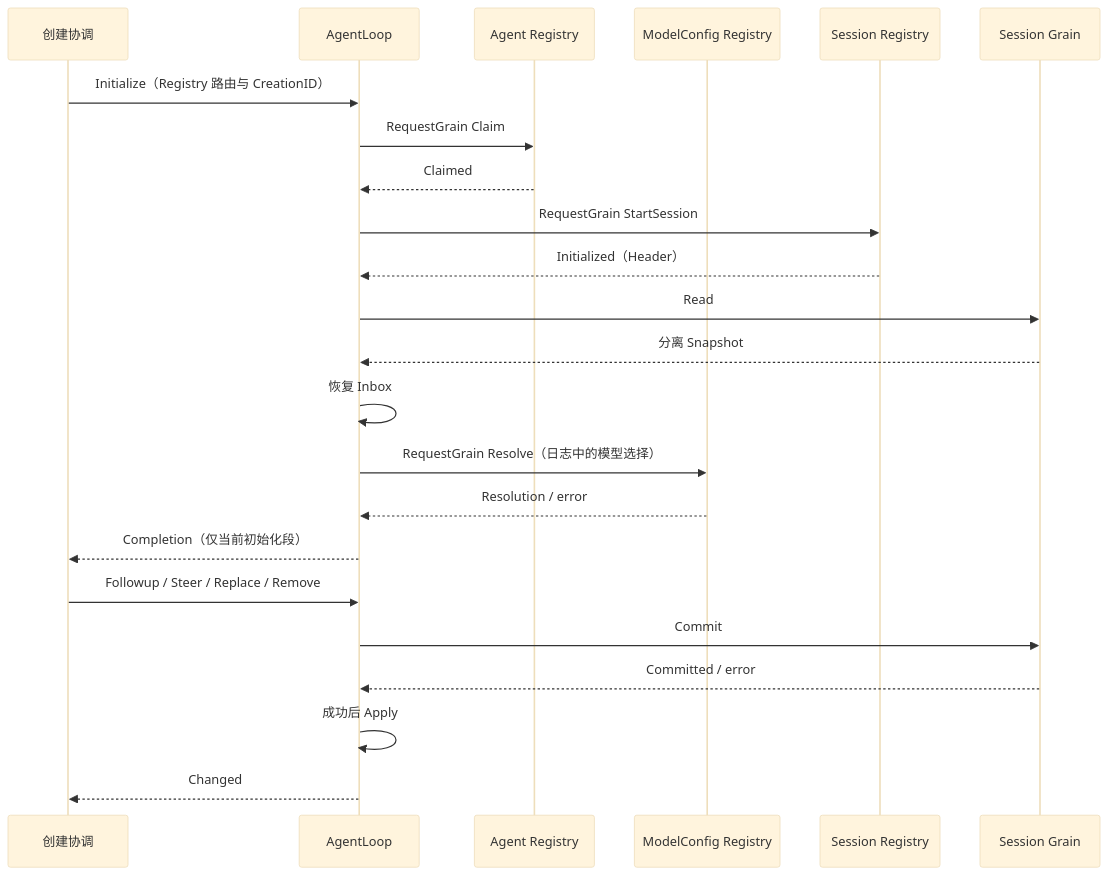
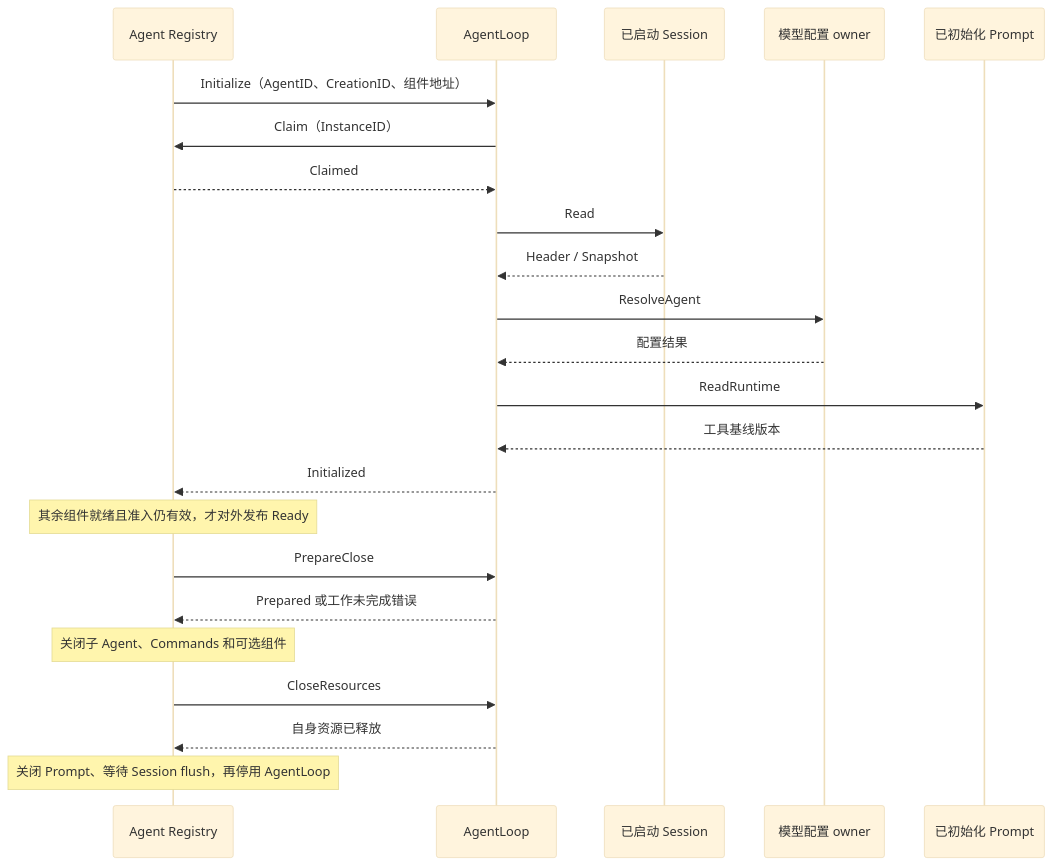
Before and after one commit to gorenx/goren: the first of 3 diagrams in agentloop/actor/README.zh-CN.md, drawn with Mermaid (base theme). The commit also changed other lines of this file and 13 other files, not shown here.

````diff
--- a/agentloop/actor/README.zh-CN.md
+++ b/agentloop/actor/README.zh-CN.md
@@ -7,25 +13,25 @@
 ```mermaid
 sequenceDiagram
-    participant C as 创建协调
-    participant A as AgentLoop
-    participant R as Agent Registry
-    participant M as ModelConfig Registry
-    participant D as Session Registry
-    participant S as Session Grain
-    C->>A: Initialize（Registry 路由与 CreationID）
-    A->>R: RequestGrain Claim
-    R-->>A: Claimed
-    A->>D: RequestGrain StartSession
-    D-->>A: Initialized（Header）
-    A->>S: Read
-    S-->>A: 分离 Snapshot
-    A->>A: 恢复 Inbox
-    A->>M: RequestGrain Resolve（日志中的模型选择）
-    M-->>A: Resolution / error
-    A-->>C: Completion（仅当前初始化段）
-    C->>A: Followup / Steer / Replace / Remove
-    A->>S: Commit
-    S-->>A: Committed / error
-    A->>A: 成功后 Apply
-    A-->>C: Changed
+ participant R as Agent Registry
+ participant A as AgentLoop
+ participant S as 已启动 Session
+ participant M as 模型配置 owner
+ participant P as 已初始化 Prompt
+ R->>A: Initialize（AgentID、CreationID、组件地址）
+ A->>R: Claim（InstanceID）
+ R-->>A: Claimed
+ A->>S: Read
+ S-->>A: Header / Snapshot
+ A->>M: ResolveAgent
+ M-->>A: 配置结果
+ A->>P: ReadRuntime
+ P-->>A: 工具基线版本
+ A-->>R: Initialized
+ Note over R: 其余组件就绪且准入仍有效，才对外发布 Ready
+ R->>A: PrepareClose
+ A-->>R: Prepared 或工作未完成错误
+ Note over R: 关闭子 Agent、Commands 和可选组件
+ R->>A: CloseResources
+ A-->>R: 自身资源已释放
+ Note over R: 关闭 Prompt、等待 Session flush，再停用 AgentLoop
 ```
````
